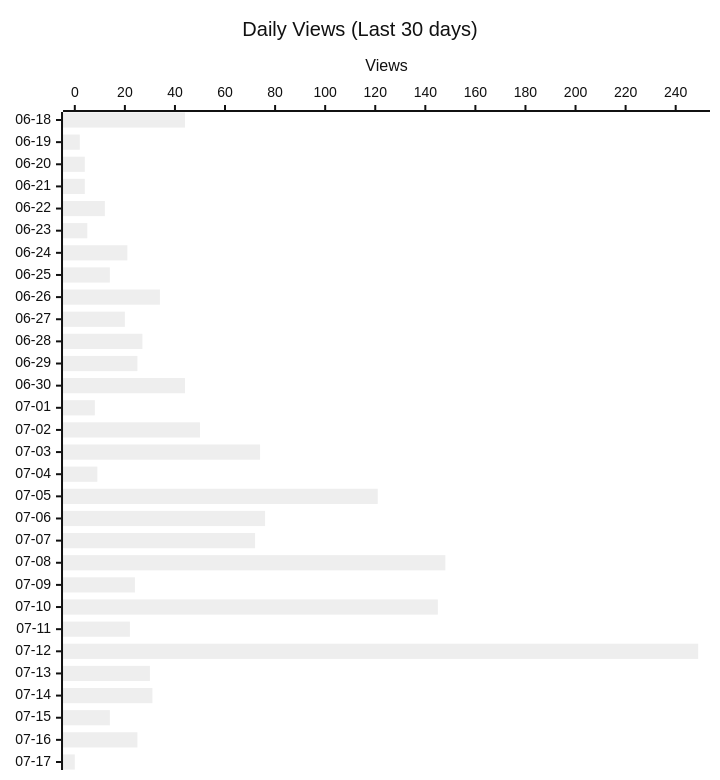
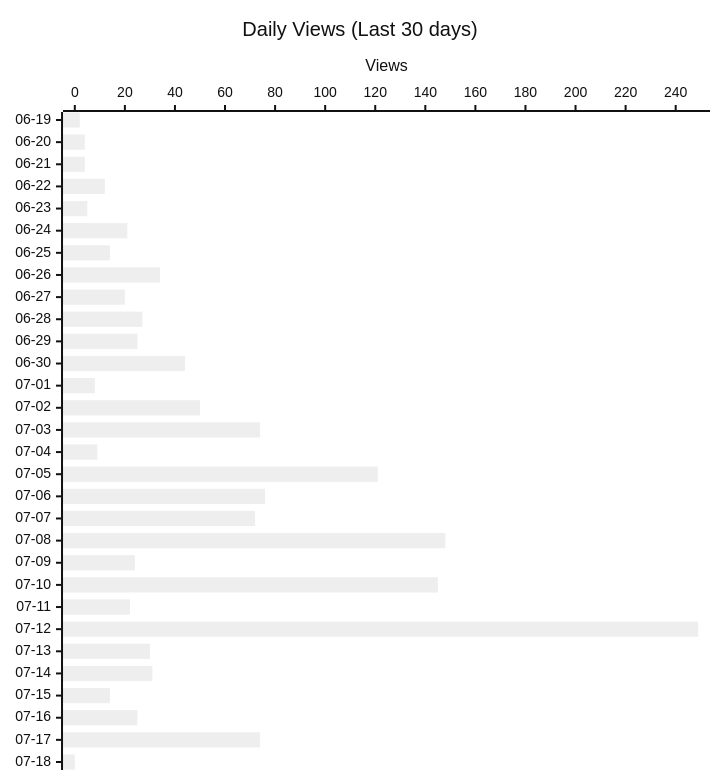
Before and after one commit to shigechika/github-insights: the second of 4 diagrams in README.md, drawn with Mermaid (neutral theme). The commit also changed other lines of this file and 2 other files, not shown here.

````diff
--- a/README.md
+++ b/README.md
@@ -28,12 +28,12 @@
 ```mermaid
 ---
 config:
   xyChart:
     height: 760
 ---
 xychart-beta horizontal
     title "Daily Views (Last 30 days)"
-    x-axis ["06-18", "06-19", "06-20", "06-21", "06-22", "06-23", "06-24", "06-25", "06-26", "06-27", "06-28", "06-29", "06-30", "07-01", "07-02", "07-03", "07-04", "07-05", "07-06", "07-07", "07-08", "07-09", "07-10", "07-11", "07-12", "07-13", "07-14", "07-15", "07-16", "07-17"]
+    x-axis ["06-19", "06-20", "06-21", "06-22", "06-23", "06-24", "06-25", "06-26", "06-27", "06-28", "06-29", "06-30", "07-01", "07-02", "07-03", "07-04", "07-05", "07-06", "07-07", "07-08", "07-09", "07-10", "07-11", "07-12", "07-13", "07-14", "07-15", "07-16", "07-17", "07-18"]
     y-axis "Views"
-    bar [44, 2, 4, 4, 12, 5, 21, 14, 34, 20, 27, 25, 44, 8, 50, 74, 9, 121, 76, 72, 148, 24, 145, 22, 249, 30, 31, 14, 25, 0]
+    bar [2, 4, 4, 12, 5, 21, 14, 34, 20, 27, 25, 44, 8, 50, 74, 9, 121, 76, 72, 148, 24, 145, 22, 249, 30, 31, 14, 25, 74, 0]
 ```
````
